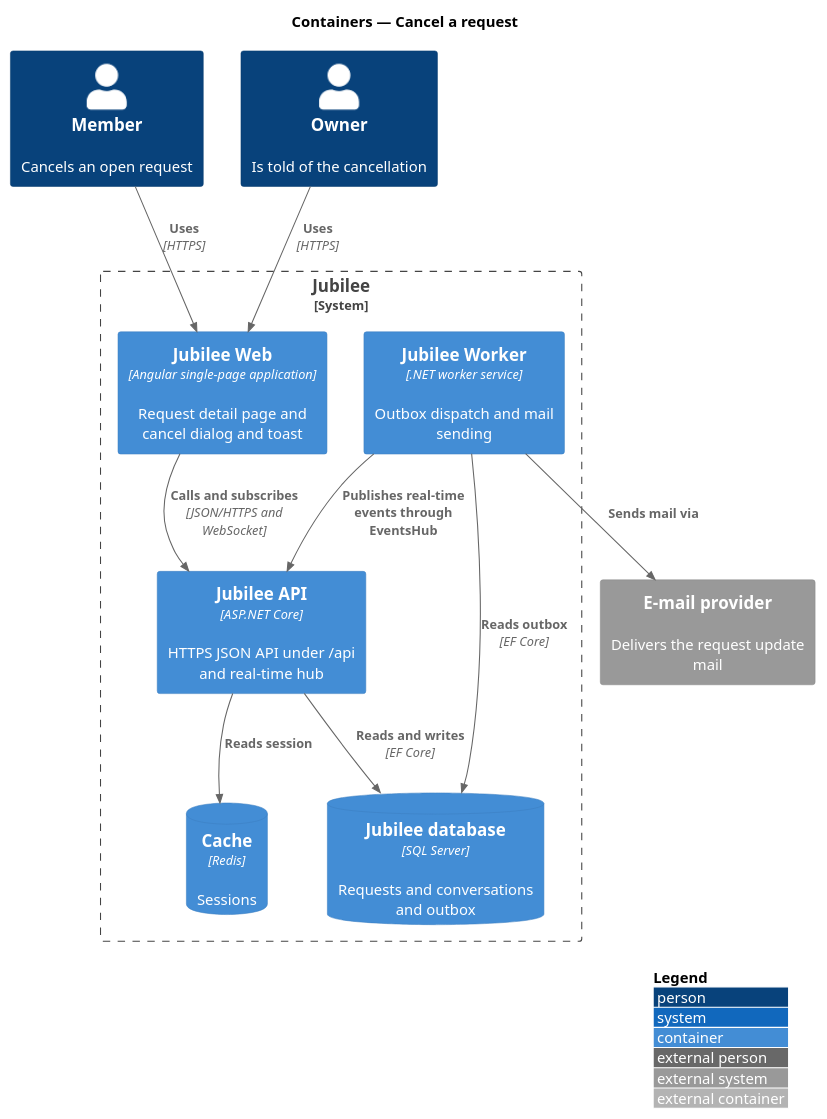
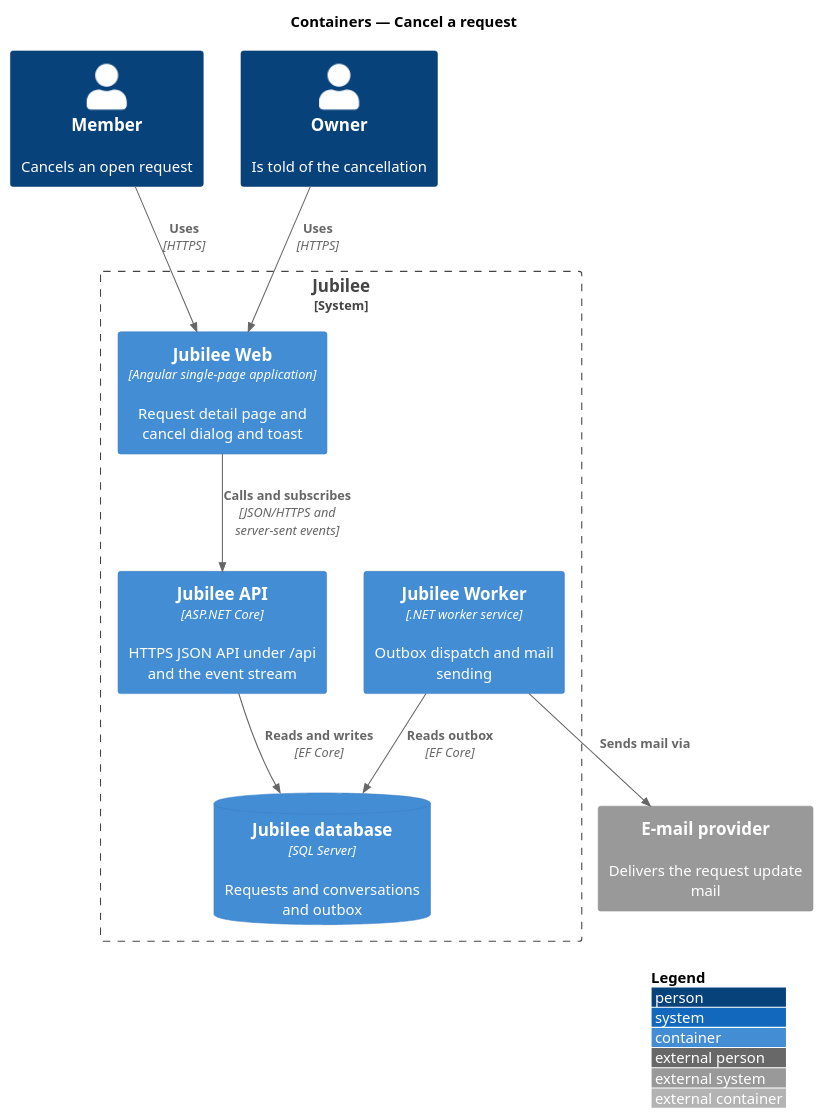
The diagram in docs/detailed-designs/requests/cancel-request/diagrams/c4-container.puml (QuinntyneBrown/jubilee), drawn with PlantUML before and after one commit. The commit also changed 28 other files, not shown here.

```diff
--- a/docs/detailed-designs/requests/cancel-request/diagrams/c4-container.puml
+++ b/docs/detailed-designs/requests/cancel-request/diagrams/c4-container.puml
@@ -1,25 +1,22 @@
 @startuml
 !include <C4/C4_Container>
 LAYOUT_WITH_LEGEND()
 title Containers — Cancel a request
 
 Person(member, "Member", "Cancels an open request")
 Person(owner, "Owner", "Is told of the cancellation")
 System_Boundary(jubilee, "Jubilee") {
   Container(web, "Jubilee Web", "Angular single-page application", "Request detail page and cancel dialog and toast")
-  Container(api, "Jubilee API", "ASP.NET Core", "HTTPS JSON API under /api and real-time hub")
+  Container(api, "Jubilee API", "ASP.NET Core", "HTTPS JSON API under /api and the event stream")
   Container(worker, "Jubilee Worker", ".NET worker service", "Outbox dispatch and mail sending")
   ContainerDb(db, "Jubilee database", "SQL Server", "Requests and conversations and outbox")
-  ContainerDb(cache, "Cache", "Redis", "Sessions")
 }
 System_Ext(email, "E-mail provider", "Delivers the request update mail")
 
 Rel(member, web, "Uses", "HTTPS")
 Rel(owner, web, "Uses", "HTTPS")
-Rel(web, api, "Calls and subscribes", "JSON/HTTPS and WebSocket")
+Rel(web, api, "Calls and subscribes", "JSON/HTTPS and server-sent events")
 Rel(api, db, "Reads and writes", "EF Core")
-Rel(api, cache, "Reads session")
 Rel(worker, db, "Reads outbox", "EF Core")
-Rel(worker, api, "Publishes real-time events through EventsHub")
 Rel(worker, email, "Sends mail via")
 @enduml
```
